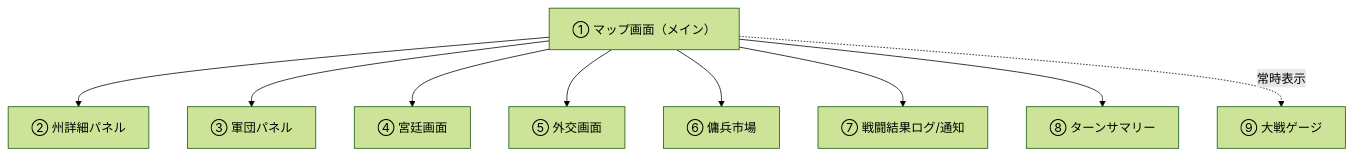
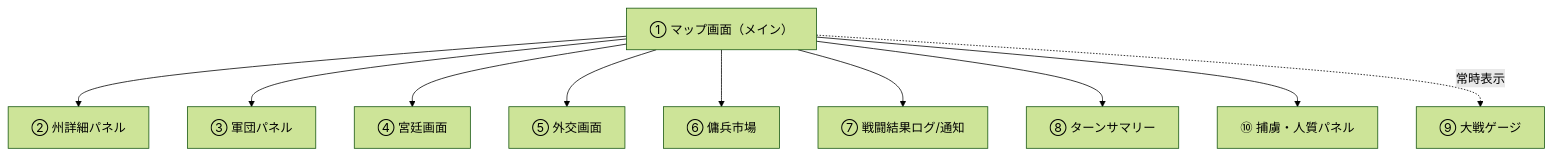
Before and after one commit to InfraOjisan/europe_962: the fourth of 5 diagrams in docs/gamesystem_design.md, drawn with Mermaid (forest theme). The commit also changed other lines of this file and 19 other files, not shown here.

````diff
--- a/docs/gamesystem_design.md
+++ b/docs/gamesystem_design.md
@@ -227,11 +356,12 @@
 ```mermaid
 flowchart TB
     Map["① マップ画面（メイン）"] --> RegionPanel["② 州詳細パネル"]
     Map --> ArmyPanel["③ 軍団パネル"]
     Map --> Court["④ 宮廷画面"]
     Map --> Diplomacy["⑤ 外交画面"]
     Map --> Mercenary["⑥ 傭兵市場"]
     Map --> BattleLog["⑦ 戦闘結果ログ/通知"]
     Map --> TurnSummary["⑧ ターンサマリー"]
+    Map --> Captivity["⑩ 捕虜・人質パネル"]
     Map -.常時表示.-> WarGauge["⑨ 大戦ゲージ"]
 ```
````
